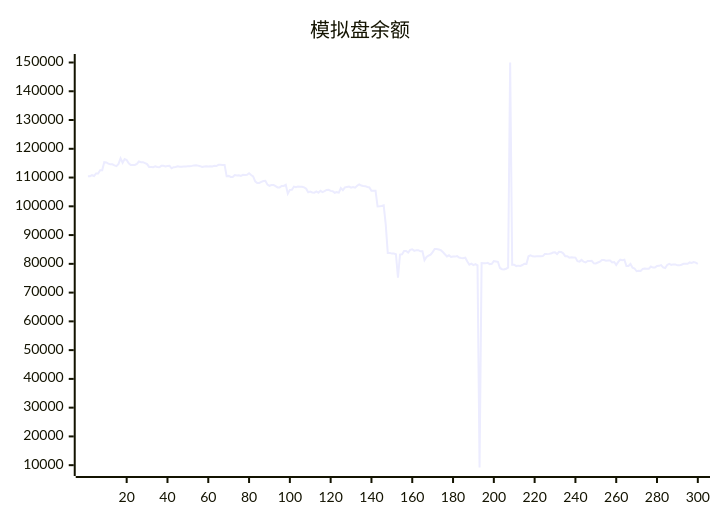
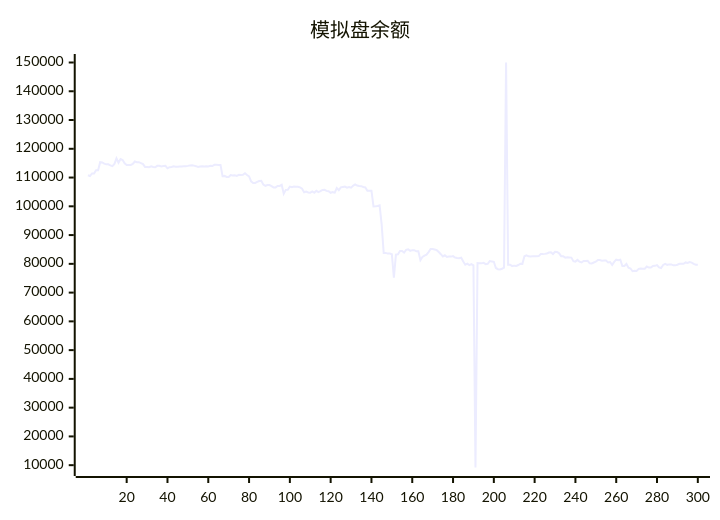
Before and after one commit to aahl/ai-trading: the diagram in README.md, drawn with Mermaid. The commit also changed other lines of this file and 1 other file, not shown here.

````diff
--- a/README.md
+++ b/README.md
@@ -5,5 +5,5 @@
 ```mermaid
 xychart
     title "模拟盘余额"
-    line [110488,110488,110814,110531,111421,111421,112518,112522,115341,115266,114830,114584,114588,114231,113973,114726,116697,115160,116423,116083,114950,114365,114365,114388,114730,115582,115358,115358,115032,114686,113688,113688,113610,113930,113672,113585,114083,114074,113840,113996,114051,113208,113593,113701,113901,113794,113784,113810,113848,113927,113929,114064,114232,114293,114144,113960,113698,113853,113942,113812,113908,113877,114091,113998,114427,114422,114384,114384,110477,110576,110198,110198,110890,110712,110812,110569,110929,110847,110968,111478,110870,110433,108661,108116,108115,108485,108797,108877,107536,107134,107393,107393,107046,106565,106565,107081,107081,107478,104404,105715,105749,106866,106651,106889,106771,106816,106565,106141,104876,105103,104796,104734,105169,104690,105380,104941,105272,105709,105739,105374,105227,104691,104924,104762,106364,105628,106608,106748,106872,106485,106721,106468,107132,107620,107224,107080,107001,106717,106567,105431,105431,105440,99950,100017,100113,100337,93749,83795,83807,83567,83567,83342,75168,83222,83336,84448,84449,83896,84839,85065,84499,84757,84757,84364,84347,81254,82385,82835,83184,84099,85150,85150,85002,84751,84096,83356,82582,82983,82404,82572,82512,82688,82200,82047,81920,82125,80840,79688,80060,79552,79920,79470,9193,80236,80208,80170,80336,79894,80006,80954,80837,80712,78561,78139,78037,78293,78682,150000,79720,79720,79214,79372,79279,79591,80046,79993,82625,82950,82626,82571,82633,82670,82670,82681,83386,83378,83464,83579,83920,84037,83402,84160,84142,83652,82655,82655,82145,82315,82243,82163,80934,80770,81371,80742,80468,80989,80989,81067,80191,80155,80450,80737,81309,81309,81106,81119,81119,80471,80631,79624,80670,81448,81290,81429,79212,79222,79940,78643,78380,77432,77623,77504,78235,78358,78284,78277,79048,78714,78714,79290,79308,79567,78763,78563,79603,79988,79652,79813,79813,79476,79469,79673,79995,80015,80015,80486,80314,80600,80436,79966]
+    line [110814,110531,111421,111421,112518,112522,115341,115266,114830,114584,114588,114231,113973,114726,116697,115160,116423,116083,114950,114365,114365,114388,114730,115582,115358,115358,115032,114686,113688,113688,113610,113930,113672,113585,114083,114074,113840,113996,114051,113208,113593,113701,113901,113794,113784,113810,113848,113927,113929,114064,114232,114293,114144,113960,113698,113853,113942,113812,113908,113877,114091,113998,114427,114422,114384,114384,110477,110576,110198,110198,110890,110712,110812,110569,110929,110847,110968,111478,110870,110433,108661,108116,108115,108485,108797,108877,107536,107134,107393,107393,107046,106565,106565,107081,107081,107478,104404,105715,105749,106866,106651,106889,106771,106816,106565,106141,104876,105103,104796,104734,105169,104690,105380,104941,105272,105709,105739,105374,105227,104691,104924,104762,106364,105628,106608,106748,106872,106485,106721,106468,107132,107620,107224,107080,107001,106717,106567,105431,105431,105440,99950,100017,100113,100337,93749,83795,83807,83567,83567,83342,75168,83222,83336,84448,84449,83896,84839,85065,84499,84757,84757,84364,84347,81254,82385,82835,83184,84099,85150,85150,85002,84751,84096,83356,82582,82983,82404,82572,82512,82688,82200,82047,81920,82125,80840,79688,80060,79552,79920,79470,9193,80236,80208,80170,80336,79894,80006,80954,80837,80712,78561,78139,78037,78293,78682,150000,79720,79720,79214,79372,79279,79591,80046,79993,82625,82950,82626,82571,82633,82670,82670,82681,83386,83378,83464,83579,83920,84037,83402,84160,84142,83652,82655,82655,82145,82315,82243,82163,80934,80770,81371,80742,80468,80989,80989,81067,80191,80155,80450,80737,81309,81309,81106,81119,81119,80471,80631,79624,80670,81448,81290,81429,79212,79222,79940,78643,78380,77432,77623,77504,78235,78358,78284,78277,79048,78714,78714,79290,79308,79567,78763,78563,79603,79988,79652,79813,79813,79476,79469,79673,79995,80015,80015,80486,80314,80600,80436,79966,79689,79689]
 ```
````
